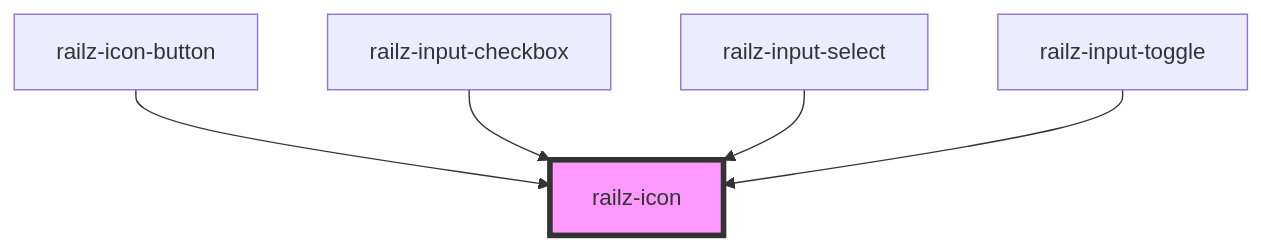
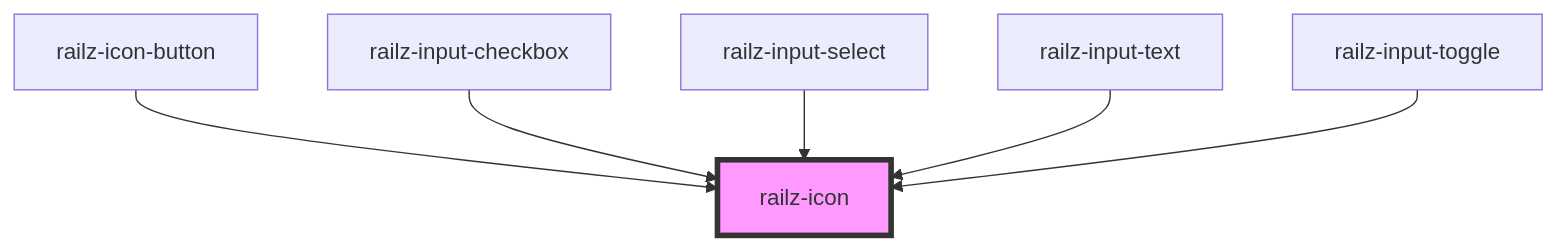
The diagram in design-components/packages/railz-components/src/components/railz-icon/readme.md (railz-ai/railz-uikit), drawn with Mermaid before and after one commit. The commit also changed other lines of this file and 7 other files, not shown here.

Commit message:
added support for disabled text input

````diff
--- a/design-components/packages/railz-components/src/components/railz-icon/readme.md
+++ b/design-components/packages/railz-components/src/components/railz-icon/readme.md
@@ -25,8 +25,9 @@
 ```mermaid
 graph TD;
   railz-icon-button --> railz-icon
   railz-input-checkbox --> railz-icon
   railz-input-select --> railz-icon
+  railz-input-text --> railz-icon
   railz-input-toggle --> railz-icon
   style railz-icon fill:#f9f,stroke:#333,stroke-width:4px
 ```
````
